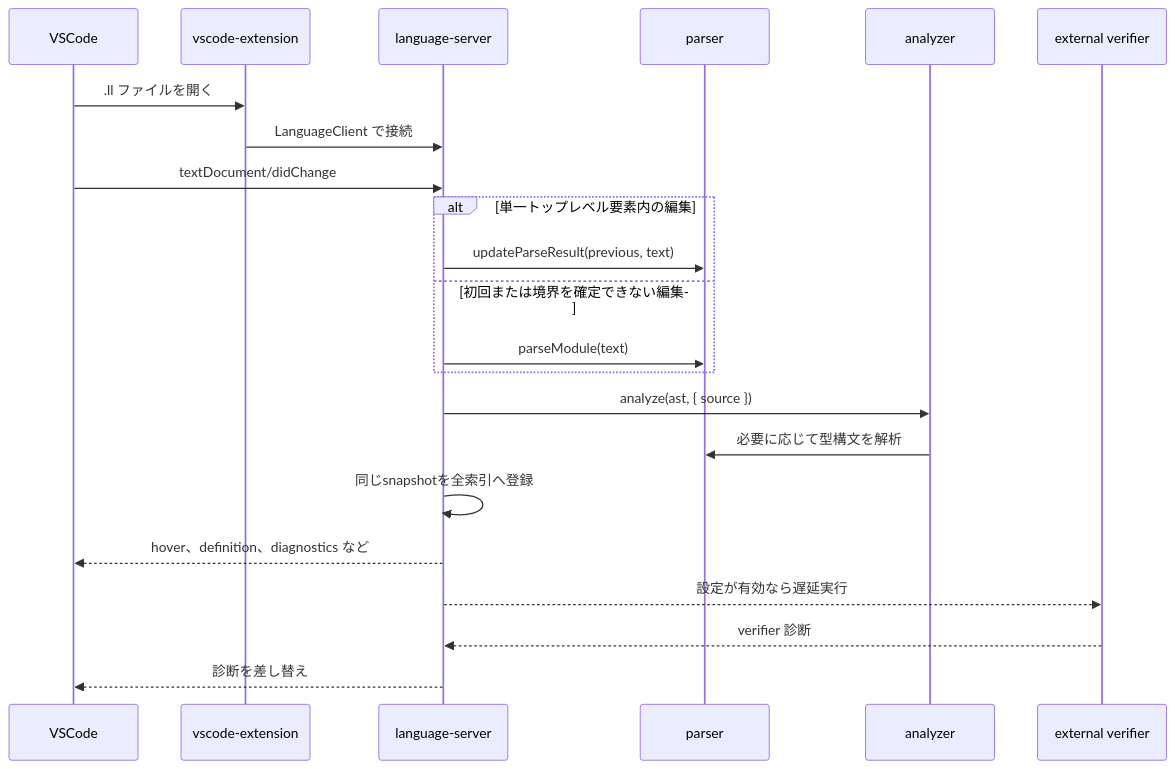
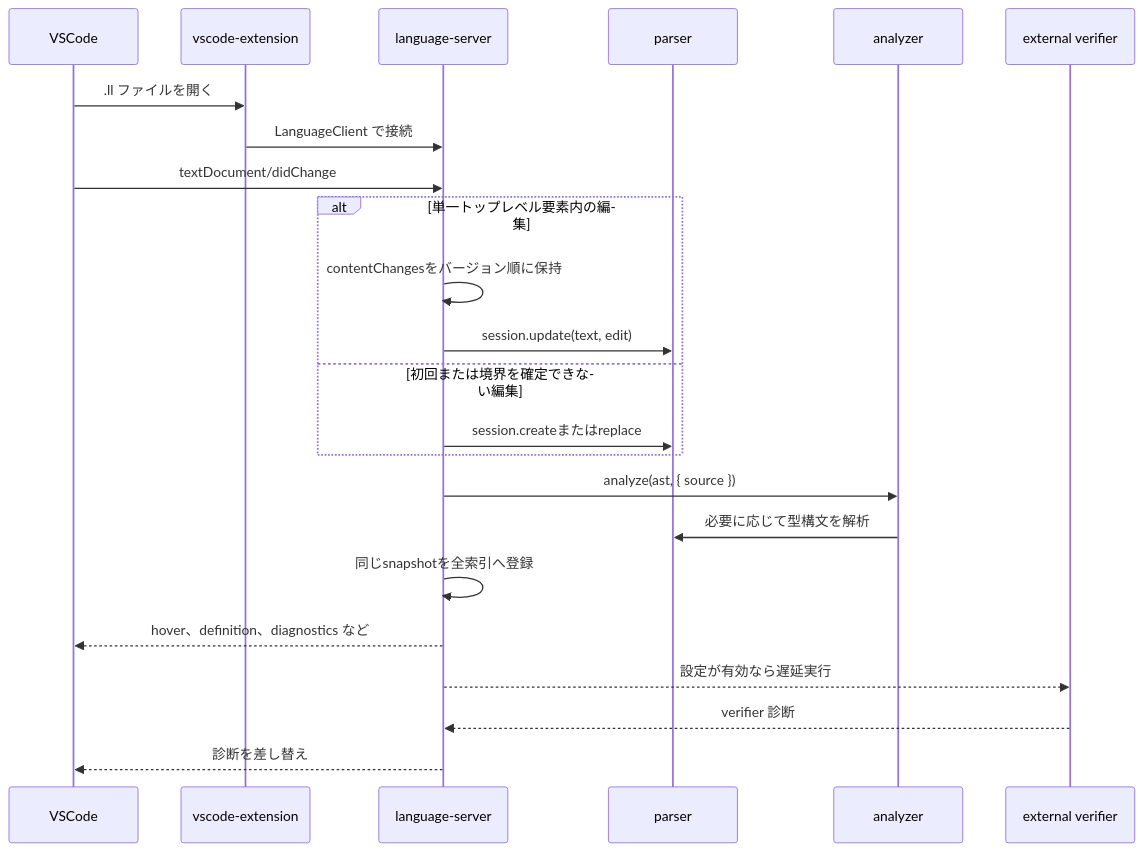
The second of 2 diagrams in docs/architecture.md (r4ai/llvm-analyzer), drawn with Mermaid before and after one commit. The commit also changed other lines of this file and 30 other files, not shown here.

````diff
--- a/docs/architecture.md
+++ b/docs/architecture.md
@@ -65,25 +65,26 @@
 ```mermaid
 sequenceDiagram
   participant VSCode
   participant Extension as vscode-extension
   participant Server as language-server
   participant Parser as parser
   participant Analyzer as analyzer
   participant Verifier as external verifier
 
   VSCode->>Extension: .ll ファイルを開く
   Extension->>Server: LanguageClient で接続
   VSCode->>Server: textDocument/didChange
   alt 単一トップレベル要素内の編集
-    Server->>Parser: updateParseResult(previous, text)
+    Server->>Server: contentChangesをバージョン順に保持
+    Server->>Parser: session.update(text, edit)
   else 初回または境界を確定できない編集
-    Server->>Parser: parseModule(text)
+    Server->>Parser: session.createまたはreplace
   end
   Server->>Analyzer: analyze(ast, { source })
   Analyzer->>Parser: 必要に応じて型構文を解析
   Server->>Server: 同じsnapshotを全索引へ登録
   Server-->>VSCode: hover、definition、diagnostics など
   Server-->>Verifier: 設定が有効なら遅延実行
   Verifier-->>Server: verifier 診断
   Server-->>VSCode: 診断を差し替え
 ```
````
